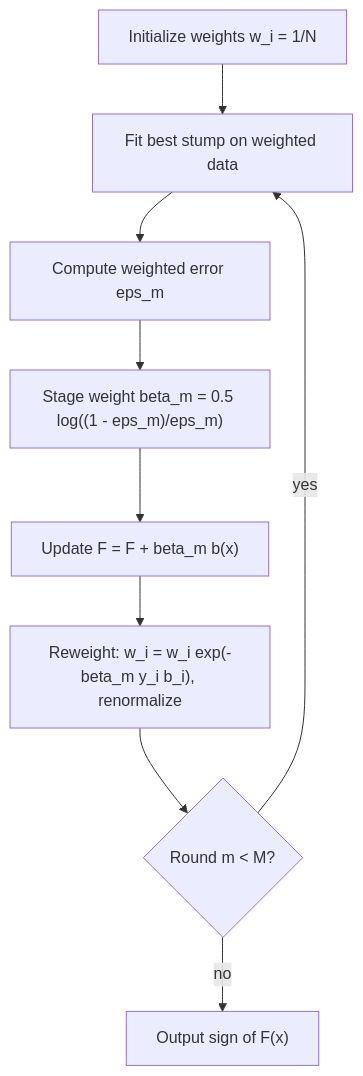
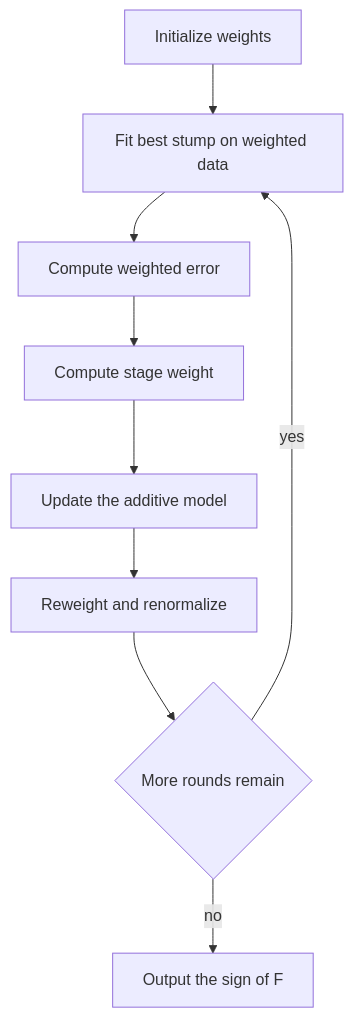
Before and after one commit to mikenguyen13/ai_in_action: the diagram in 104-boosting-foundations.qmd, drawn with Mermaid. The commit also changed other lines of this file and 52 other files, not shown here.

Commit message:
Fix Mermaid rendering in 22 chapters: remove ampersands and br tags from node labels, move detail to tables

````diff
--- a/104-boosting-foundations.qmd
+++ b/104-boosting-foundations.qmd
@@ -406,11 +406,11 @@
 ```{mermaid}
 flowchart TD
-    A["Initialize weights w_i = 1/N"] --> B["Fit best stump on weighted data"]
-    B --> C["Compute weighted error eps_m"]
-    C --> D["Stage weight beta_m = 0.5 log((1 - eps_m)/eps_m)"]
-    D --> E["Update F = F + beta_m b(x)"]
-    E --> F["Reweight: w_i = w_i exp(-beta_m y_i b_i), renormalize"]
-    F --> G{"Round m < M?"}
+    A["Initialize weights"] --> B["Fit best stump on weighted data"]
+    B --> C["Compute weighted error"]
+    C --> D["Compute stage weight"]
+    D --> E["Update the additive model"]
+    E --> F["Reweight and renormalize"]
+    F --> G{"More rounds remain"}
     G -->|yes| B
-    G -->|no| H["Output sign of F(x)"]
+    G -->|no| H["Output the sign of F"]
 ```
````
